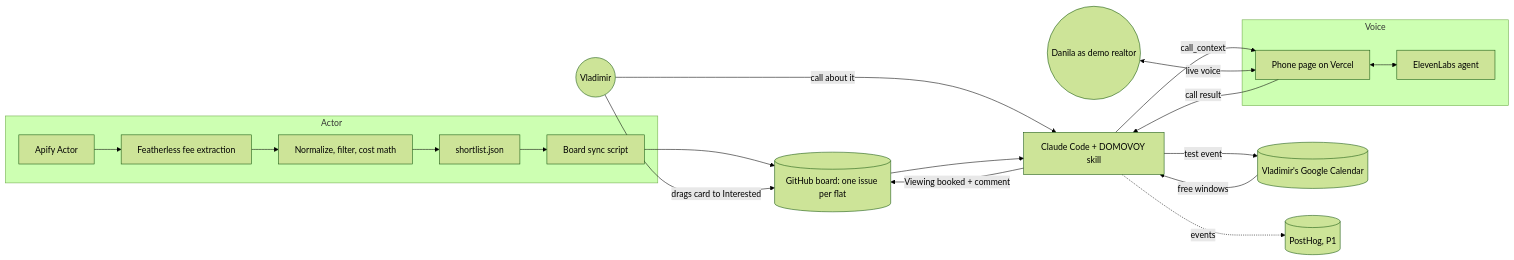
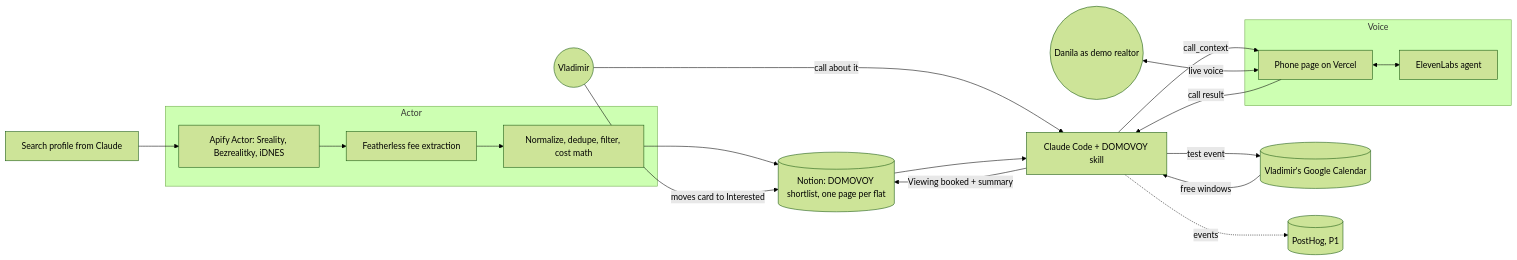
The first of 2 diagrams in docs/prd/README.md (Skilux/domovoy), drawn with Mermaid (forest theme) before and after one commit. The commit also changed other lines of this file and 10 other files, not shown here.

First line of the commit message:
docs: actor PRD and switch shortlist from GitHub board to Notion

````diff
--- a/docs/prd/README.md
+++ b/docs/prd/README.md
@@ -24,23 +24,22 @@
 ```mermaid
 flowchart LR
+  Pr[Search profile from Claude] --> A
   subgraph Actor
-    A[Apify Actor] --> B[Featherless fee extraction]
-    B --> C[Normalize, filter, cost math]
-    C --> D[shortlist.json]
-    D --> E[Board sync script]
+    A[Apify Actor: Sreality, Bezrealitky, iDNES] --> B[Featherless fee extraction]
+    B --> C[Normalize, dedupe, filter, cost math]
   end
-  E --> F[(GitHub board: one issue per flat)]
-  V((Vladimir)) -- drags card to Interested --> F
+  C --> F[(Notion: DOMOVOY shortlist, one page per flat)]
+  V((Vladimir)) -- moves card to Interested --> F
   V -- "call about it" --> S[Claude Code + DOMOVOY skill]
   F --> S
   G[(Vladimir's Google Calendar)] -- free windows --> S
   subgraph Voice
     P[Phone page on Vercel] <--> EL[ElevenLabs agent]
   end
   S -- call_context --> P
   R((Danila as demo realtor)) <-- live voice --> P
   P -- call result --> S
-  S -- Viewing booked + comment --> F
+  S -- Viewing booked + summary --> F
   S -- test event --> G
   S -. events .-> PH[(PostHog, P1)]
 ```
````
